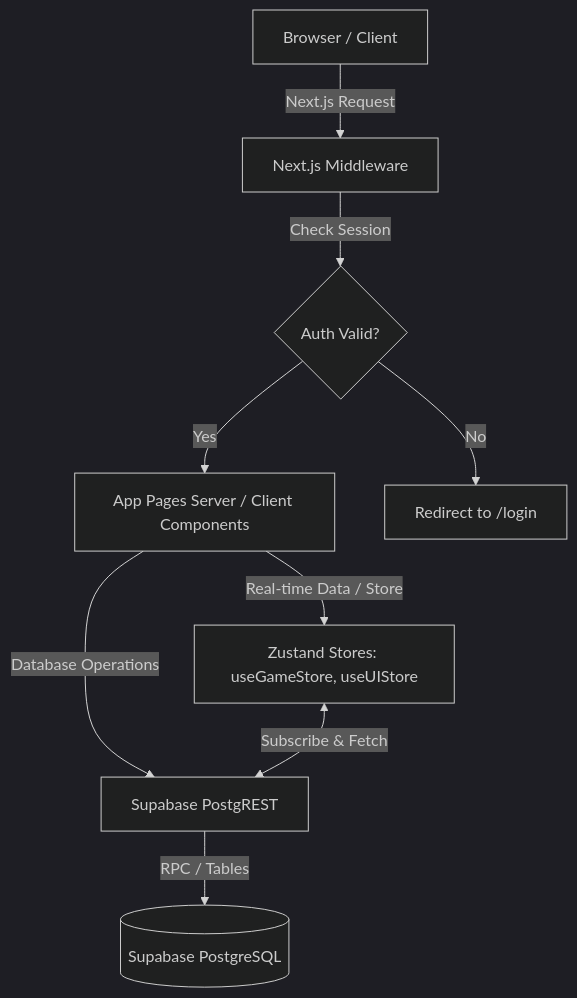
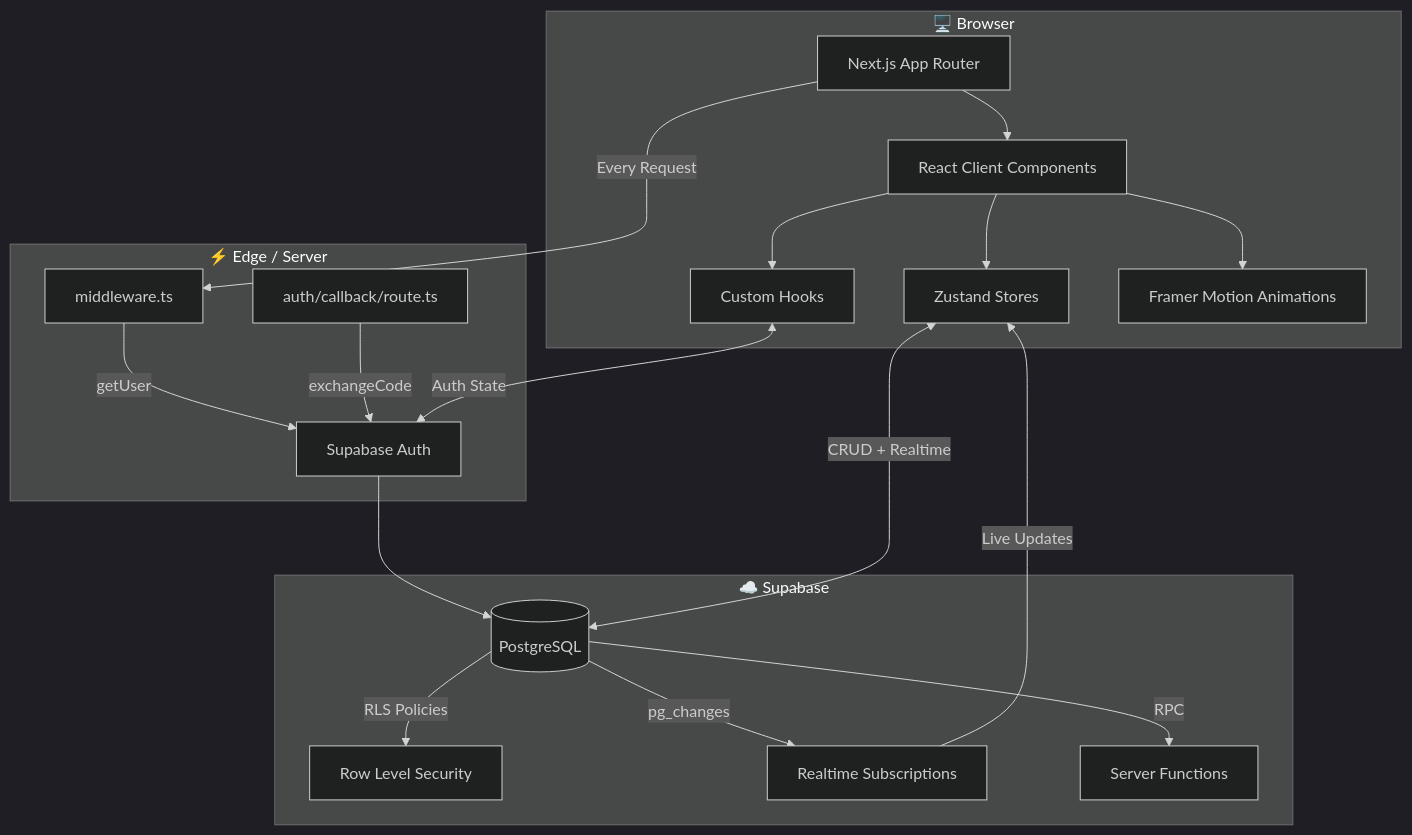
Before and after one commit to Musteab/Brain-Trails: the first of 2 diagrams in brain-trails/docs/architecture.md, drawn with Mermaid (dark theme). The commit also changed other lines of this file and 4 other files, not shown here.

Commit message:
feat: Add comprehensive documentation covering the database, technical decisions, game system, architecture, and authentication flow.

````diff
--- a/brain-trails/docs/architecture.md
+++ b/brain-trails/docs/architecture.md
@@ -5,13 +5,26 @@
 ```mermaid
 graph TD
-    A[Browser / Client] -->|Next.js Request| B[Next.js Middleware]
-    B -->|Check Session| C{Auth Valid?}
-    C -->|Yes| D[App Pages Server / Client Components]
-    C -->|No| E[Redirect to /login]
-    
-    D -->|Real-time Data / Store| F[Zustand Stores: useGameStore, useUIStore]
-    D -->|Database Operations| G[Supabase PostgREST]
-    
-    F <-->|Subscribe & Fetch| G
-    G -->|RPC / Tables| H[(Supabase PostgreSQL)]
+    subgraph Client["🖥️ Browser"]
+        A[Next.js App Router] --> B[React Client Components]
+        B --> C[Zustand Stores]
+        B --> D[Custom Hooks]
+        B --> E[Framer Motion Animations]
+    end
+
+    subgraph Edge["⚡ Edge / Server"]
+        F[middleware.ts] -->|getUser| G[Supabase Auth]
+        H[auth/callback/route.ts] -->|exchangeCode| G
+    end
+
+    subgraph Backend["☁️ Supabase"]
+        G --> I[(PostgreSQL)]
+        I -->|RLS Policies| J[Row Level Security]
+        I -->|pg_changes| K[Realtime Subscriptions]
+        I -->|RPC| L[Server Functions]
+    end
+
+    A -->|Every Request| F
+    C <-->|CRUD + Realtime| I
+    D <-->|Auth State| G
+    K -->|Live Updates| C
 ```
````
